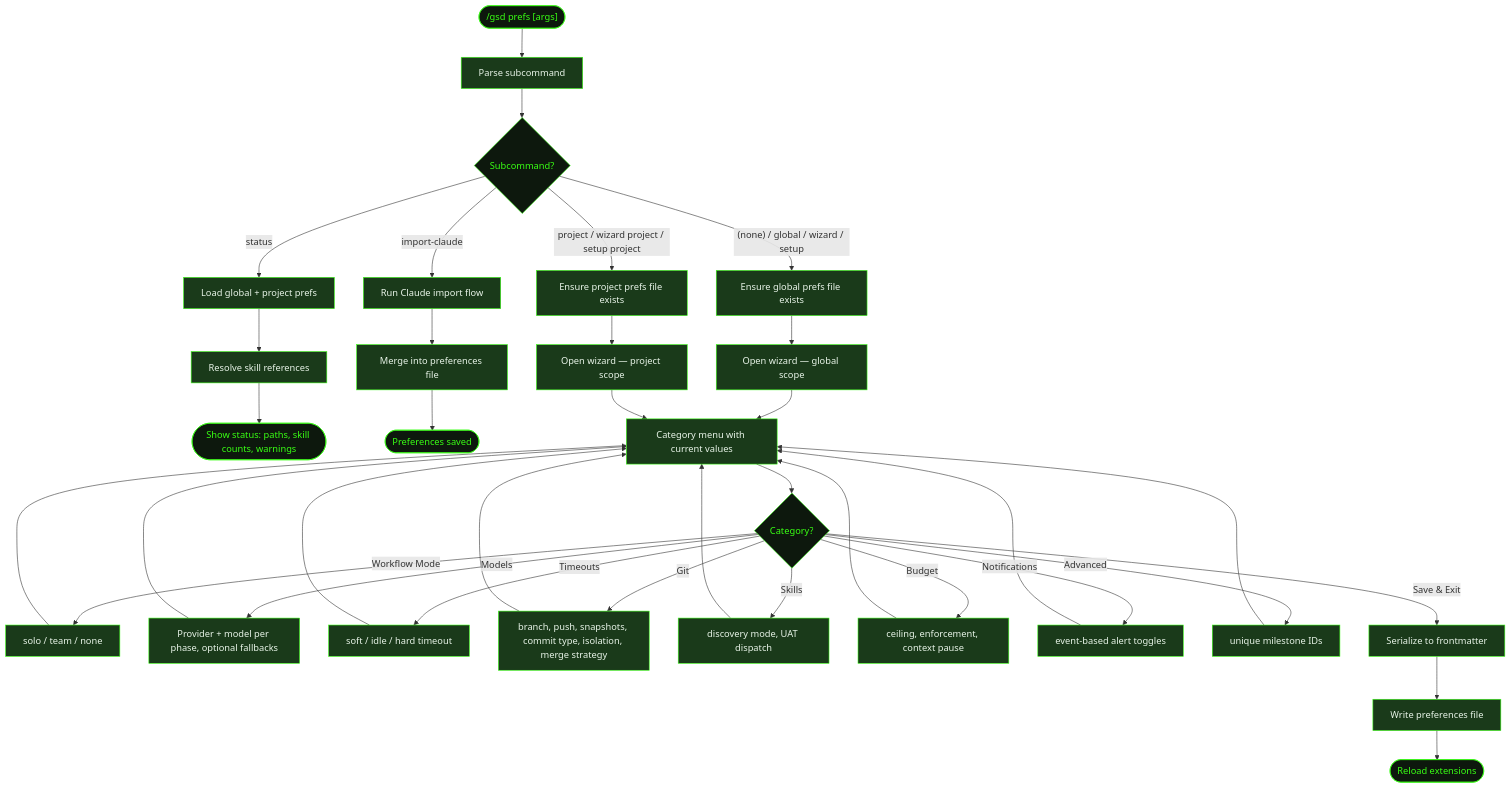
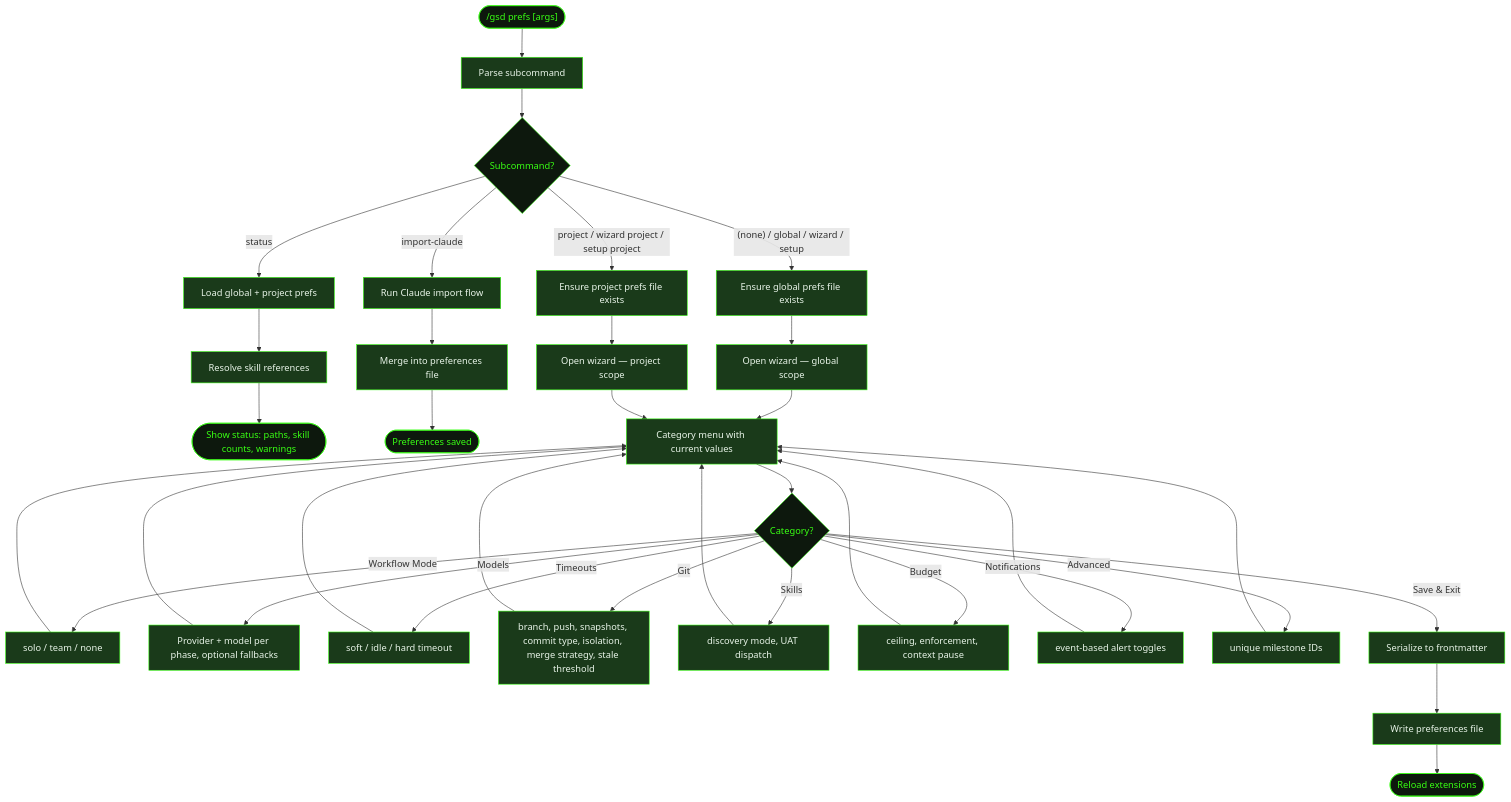
Before and after one commit to shusha-group/gsd2-guide: the diagram in src/content/docs/commands/prefs.mdx, drawn with Mermaid. The commit also changed other lines of this file and 202 other files, not shown here.

````diff
--- a/src/content/docs/commands/prefs.mdx
+++ b/src/content/docs/commands/prefs.mdx
@@ -32,71 +32,71 @@
 ```mermaid
 flowchart TD
     Start(["/gsd prefs [args]"]) --> Parse[Parse subcommand]
     Parse --> Route{Subcommand?}
 
     Route -->|"(none) / global / wizard / setup"| EnsureG[Ensure global prefs file exists]
     EnsureG --> WizG[Open wizard — global scope]
 
     Route -->|"project / wizard project / setup project"| EnsureP[Ensure project prefs file exists]
     EnsureP --> WizP[Open wizard — project scope]
 
     Route -->|status| LoadBoth[Load global + project prefs]
     LoadBoth --> Resolve[Resolve skill references]
     Resolve --> Display([Show status: paths, skill counts, warnings])
 
     Route -->|import-claude| Import[Run Claude import flow]
     Import --> Merge[Merge into preferences file]
     Merge --> Saved([Preferences saved])
 
     WizG --> Menu[Category menu with current values]
     WizP --> Menu
 
     Menu --> Cat{Category?}
     Cat -->|Workflow Mode| CfgMode[solo / team / none]
     Cat -->|Models| CfgModels[Provider + model per phase, optional fallbacks]
     Cat -->|Timeouts| CfgTime[soft / idle / hard timeout]
-    Cat -->|Git| CfgGit[branch, push, snapshots, commit type, isolation, merge strategy]
+    Cat -->|Git| CfgGit[branch, push, snapshots, commit type, isolation, merge strategy, stale threshold]
     Cat -->|Skills| CfgSkills[discovery mode, UAT dispatch]
     Cat -->|Budget| CfgBudget[ceiling, enforcement, context pause]
     Cat -->|Notifications| CfgNotify[event-based alert toggles]
     Cat -->|Advanced| CfgAdv[unique milestone IDs]
     Cat -->|Save & Exit| Save[Serialize to frontmatter]
 
     CfgMode --> Menu
     CfgModels --> Menu
     CfgTime --> Menu
     CfgGit --> Menu
     CfgSkills --> Menu
     CfgBudget --> Menu
     CfgNotify --> Menu
     CfgAdv --> Menu
     Save --> Write[Write preferences file]
     Write --> Reload([Reload extensions])
 
     style Start fill:#0d180d,stroke:#39ff14,color:#39ff14
     style Route fill:#0d180d,stroke:#39ff14,color:#39ff14
     style Cat fill:#0d180d,stroke:#39ff14,color:#39ff14
     style Parse fill:#1a3a1a,stroke:#39ff14,color:#e8f4e8
     style EnsureG fill:#1a3a1a,stroke:#39ff14,color:#e8f4e8
     style EnsureP fill:#1a3a1a,stroke:#39ff14,color:#e8f4e8
     style WizG fill:#1a3a1a,stroke:#39ff14,color:#e8f4e8
     style WizP fill:#1a3a1a,stroke:#39ff14,color:#e8f4e8
     style Menu fill:#1a3a1a,stroke:#39ff14,color:#e8f4e8
     style LoadBoth fill:#1a3a1a,stroke:#39ff14,color:#e8f4e8
     style Resolve fill:#1a3a1a,stroke:#39ff14,color:#e8f4e8
     style Import fill:#1a3a1a,stroke:#39ff14,color:#e8f4e8
     style Merge fill:#1a3a1a,stroke:#39ff14,color:#e8f4e8
     style CfgMode fill:#1a3a1a,stroke:#39ff14,color:#e8f4e8
     style CfgModels fill:#1a3a1a,stroke:#39ff14,color:#e8f4e8
     style CfgTime fill:#1a3a1a,stroke:#39ff14,color:#e8f4e8
     style CfgGit fill:#1a3a1a,stroke:#39ff14,color:#e8f4e8
     style CfgSkills fill:#1a3a1a,stroke:#39ff14,color:#e8f4e8
     style CfgBudget fill:#1a3a1a,stroke:#39ff14,color:#e8f4e8
     style CfgNotify fill:#1a3a1a,stroke:#39ff14,color:#e8f4e8
     style CfgAdv fill:#1a3a1a,stroke:#39ff14,color:#e8f4e8
     style Save fill:#1a3a1a,stroke:#39ff14,color:#e8f4e8
     style Write fill:#1a3a1a,stroke:#39ff14,color:#e8f4e8
     style Display fill:#0d180d,stroke:#39ff14,color:#39ff14
     style Saved fill:#0d180d,stroke:#39ff14,color:#39ff14
     style Reload fill:#0d180d,stroke:#39ff14,color:#39ff14
 ```
````
